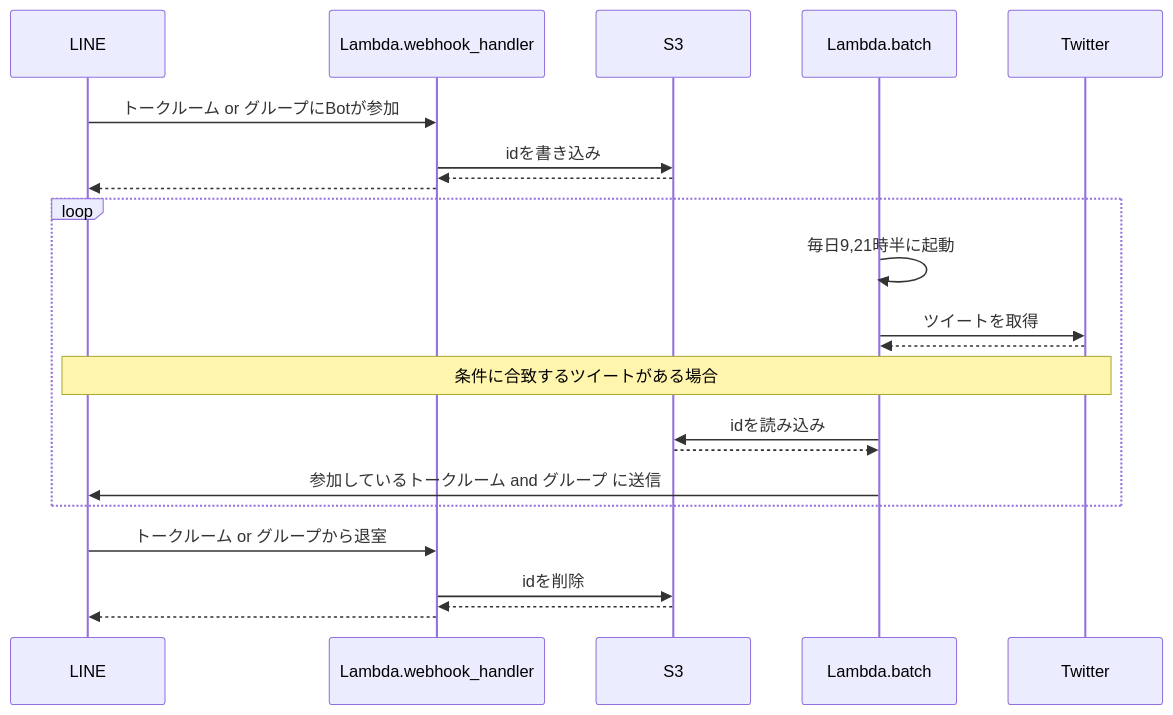
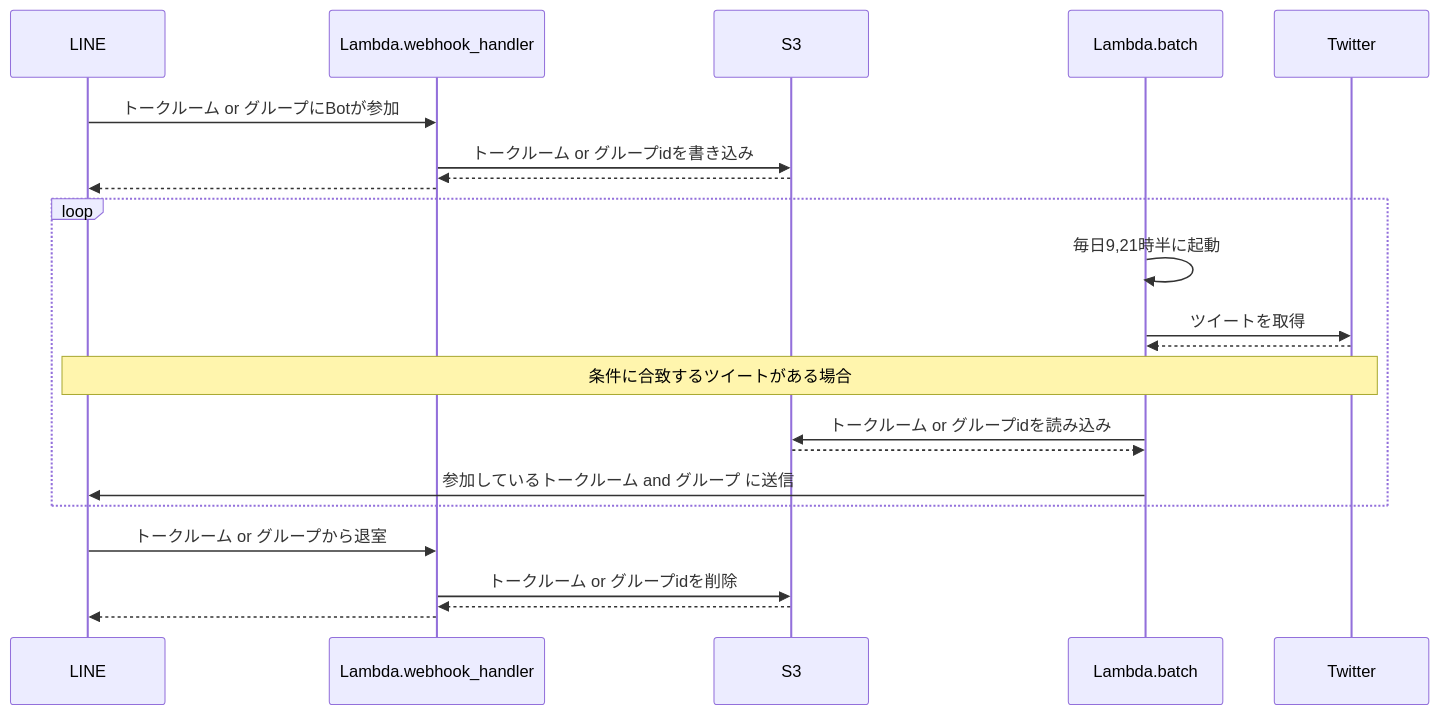
One commit to pep299/dbd_line_bot changed the diagram in README.md. Above: the diagram before and after it, drawn with Mermaid. The commit also changed 1 other file, not shown here.

Commit message:
fix: id detail

````diff
--- a/README.md
+++ b/README.md
@@ -9,20 +9,20 @@
 ```mermaid
 sequenceDiagram
   LINE ->> Lambda.webhook_handler: トークルーム or グループにBotが参加
-  Lambda.webhook_handler ->> S3: idを書き込み
+  Lambda.webhook_handler ->> S3: トークルーム or グループidを書き込み
   S3 -->> Lambda.webhook_handler: 
   Lambda.webhook_handler -->> LINE: 
   loop
     Lambda.batch ->> Lambda.batch: 毎日9,21時半に起動
     Lambda.batch ->> Twitter: ツイートを取得
     Twitter -->> Lambda.batch: 
     Note over LINE,Twitter: 条件に合致するツイートがある場合
-    Lambda.batch ->> S3: idを読み込み
+    Lambda.batch ->> S3: トークルーム or グループidを読み込み
     S3 -->> Lambda.batch: 
     Lambda.batch ->> LINE: 参加しているトークルーム and グループ に送信
   end
   LINE ->> Lambda.webhook_handler: トークルーム or グループから退室
-  Lambda.webhook_handler ->> S3: idを削除
+  Lambda.webhook_handler ->> S3: トークルーム or グループidを削除
   S3 -->> Lambda.webhook_handler: 
   Lambda.webhook_handler -->> LINE: 
 ```
````
